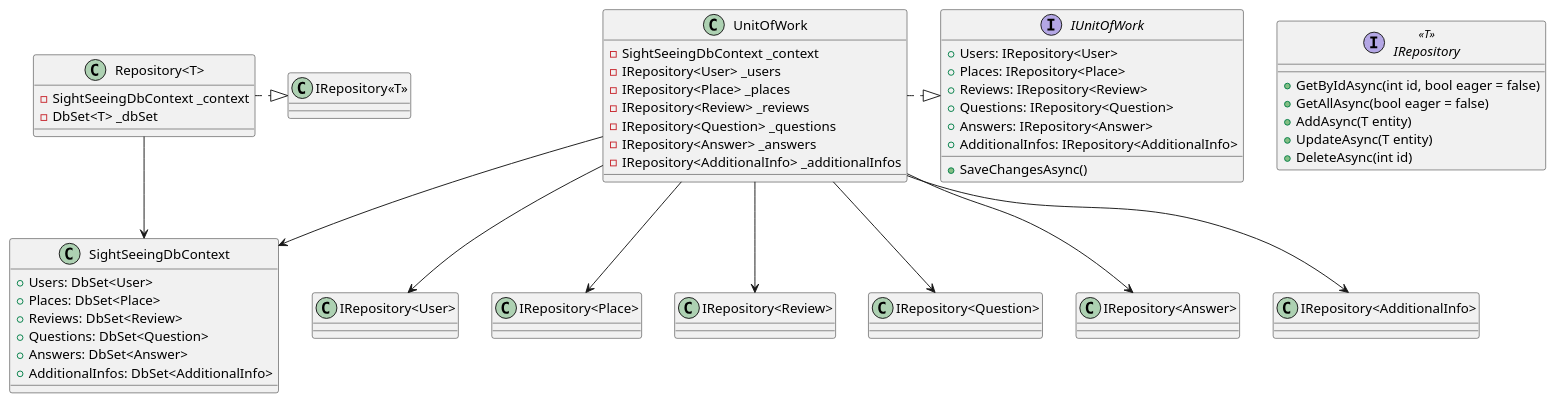
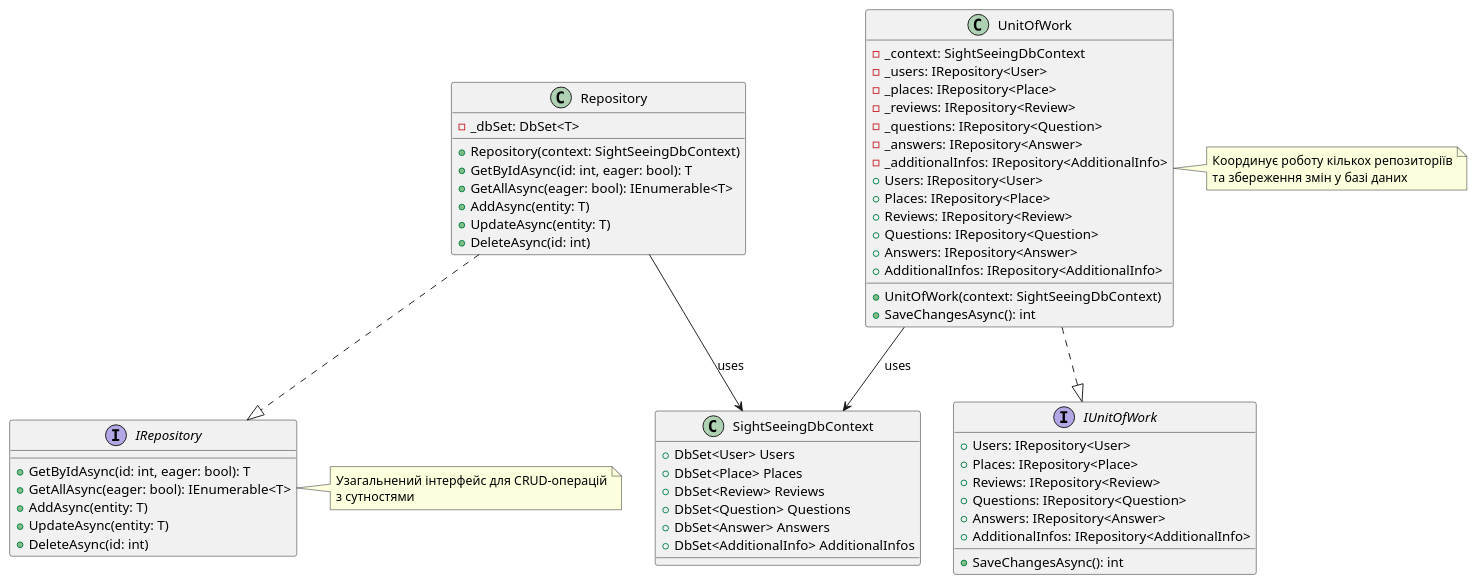
One commit to Vadz-Danil/Lab4Appz changed the diagram in Sightseeing.WEB/Diagram DAL.puml. Above: the diagram before and after it, drawn with PlantUML. The commit also changed 6 other files, not shown here.

Commit message:
Add UML Diagrams

```diff
--- a/Sightseeing.WEB/Diagram DAL.puml
+++ b/Sightseeing.WEB/Diagram DAL.puml
@@ -1,56 +1,73 @@
-@startuml
-interface IRepository<<T>> {
-  + GetByIdAsync(int id, bool eager = false)
-  + GetAllAsync(bool eager = false)
-  + AddAsync(T entity)
-  + UpdateAsync(T entity)
-  + DeleteAsync(int id)
+@startuml DAL
+
+class SightSeeingDbContext {
+    +DbSet<User> Users
+    +DbSet<Place> Places
+    +DbSet<Review> Reviews
+    +DbSet<Question> Questions
+    +DbSet<Answer> Answers
+    +DbSet<AdditionalInfo> AdditionalInfos
+}
+
+interface IRepository {
+    +GetByIdAsync(id: int, eager: bool): T
+    +GetAllAsync(eager: bool): IEnumerable<T>
+    +AddAsync(entity: T)
+    +UpdateAsync(entity: T)
+    +DeleteAsync(id: int)
+}
+
+class Repository {
+    -_dbSet: DbSet<T>
+    +Repository(context: SightSeeingDbContext)
+    +GetByIdAsync(id: int, eager: bool): T
+    +GetAllAsync(eager: bool): IEnumerable<T>
+    +AddAsync(entity: T)
+    +UpdateAsync(entity: T)
+    +DeleteAsync(id: int)
 }
 
 interface IUnitOfWork {
-  + Users: IRepository<User>
-  + Places: IRepository<Place>
-  + Reviews: IRepository<Review>
-  + Questions: IRepository<Question>
-  + Answers: IRepository<Answer>
-  + AdditionalInfos: IRepository<AdditionalInfo>
-  + SaveChangesAsync()
-}
-
-class "Repository<T>" {
-  - SightSeeingDbContext _context
-  - DbSet<T> _dbSet
+    +Users: IRepository<User>
+    +Places: IRepository<Place>
+    +Reviews: IRepository<Review>
+    +Questions: IRepository<Question>
+    +Answers: IRepository<Answer>
+    +AdditionalInfos: IRepository<AdditionalInfo>
+    +SaveChangesAsync(): int
 }
 
 class UnitOfWork {
-  - SightSeeingDbContext _context
-  - IRepository<User> _users
-  - IRepository<Place> _places
-  - IRepository<Review> _reviews
-  - IRepository<Question> _questions
-  - IRepository<Answer> _answers
-  - IRepository<AdditionalInfo> _additionalInfos
+    -_context: SightSeeingDbContext
+    -_users: IRepository<User>
+    -_places: IRepository<Place>
+    -_reviews: IRepository<Review>
+    -_questions: IRepository<Question>
+    -_answers: IRepository<Answer>
+    -_additionalInfos: IRepository<AdditionalInfo>
+    +UnitOfWork(context: SightSeeingDbContext)
+    +Users: IRepository<User>
+    +Places: IRepository<Place>
+    +Reviews: IRepository<Review>
+    +Questions: IRepository<Question>
+    +Answers: IRepository<Answer>
+    +AdditionalInfos: IRepository<AdditionalInfo>
+    +SaveChangesAsync(): int
 }
 
-class SightSeeingDbContext {
-  + Users: DbSet<User>
-  + Places: DbSet<Place>
-  + Reviews: DbSet<Review>
-  + Questions: DbSet<Question>
-  + Answers: DbSet<Answer>
-  + AdditionalInfos: DbSet<AdditionalInfo>
-}
+Repository ..|> IRepository
+UnitOfWork ..|> IUnitOfWork
+UnitOfWork --> SightSeeingDbContext : uses
+Repository --> SightSeeingDbContext : uses
 
-"Repository<T>" .|> "IRepository<<T>>"
+note right of IRepository
+  Узагальнений інтерфейс для CRUD-операцій
+  з сутностями
+end note
 
-UnitOfWork .|> IUnitOfWork
+note right of UnitOfWork
+  Координує роботу кількох репозиторіїв
+  та збереження змін у базі даних
+end note
 
-"Repository<T>" --> SightSeeingDbContext
-UnitOfWork --> SightSeeingDbContext
-UnitOfWork --> "IRepository<User>"
-UnitOfWork --> "IRepository<Place>"
-UnitOfWork --> "IRepository<Review>"
-UnitOfWork --> "IRepository<Question>"
-UnitOfWork --> "IRepository<Answer>"
-UnitOfWork --> "IRepository<AdditionalInfo>"
 @enduml
```
